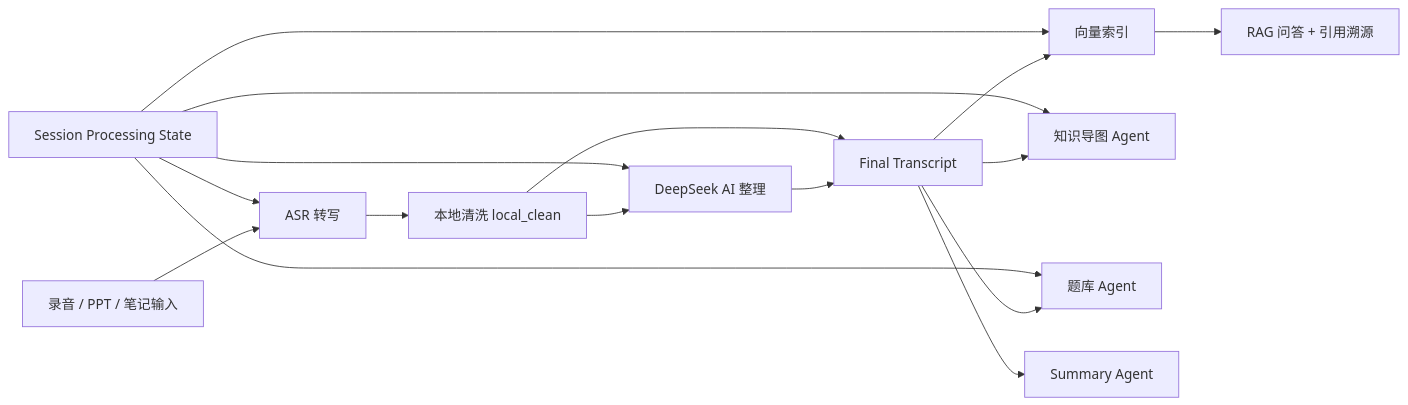
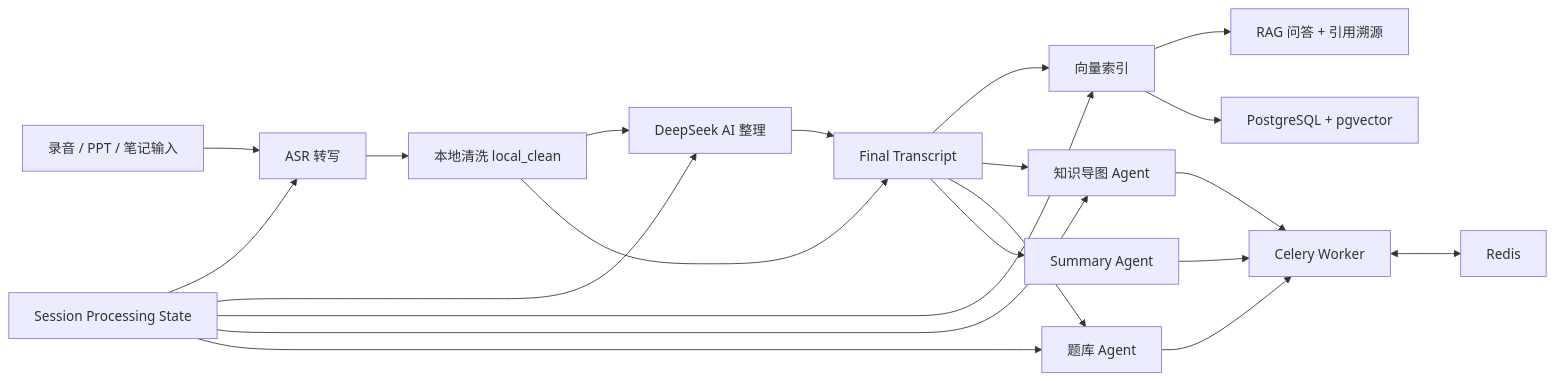
One commit to ZSN12/Notero changed the diagram in README.md. Above: the diagram before and after it, drawn with Mermaid. The commit also changed other lines of this file and 182 other files, not shown here.

````diff
--- a/README.md
+++ b/README.md
@@ -37,18 +50,23 @@
 ```mermaid
 flowchart LR
   A["录音 / PPT / 笔记输入"] --> B["ASR 转写"]
   B --> C["本地清洗 local_clean"]
   C --> D["DeepSeek AI 整理"]
   D --> E["Final Transcript"]
   C --> E
   E --> F["向量索引"]
   F --> G["RAG 问答 + 引用溯源"]
   E --> H["知识导图 Agent"]
   E --> I["题库 Agent"]
   E --> J["Summary Agent"]
+  H --> L["Celery Worker"]
+  I --> L
+  J --> L
+  L <--> M["Redis"]
+  F --> N["PostgreSQL + pgvector"]
   K["Session Processing State"] --> B
   K --> D
   K --> F
   K --> H
   K --> I
 ```
````
